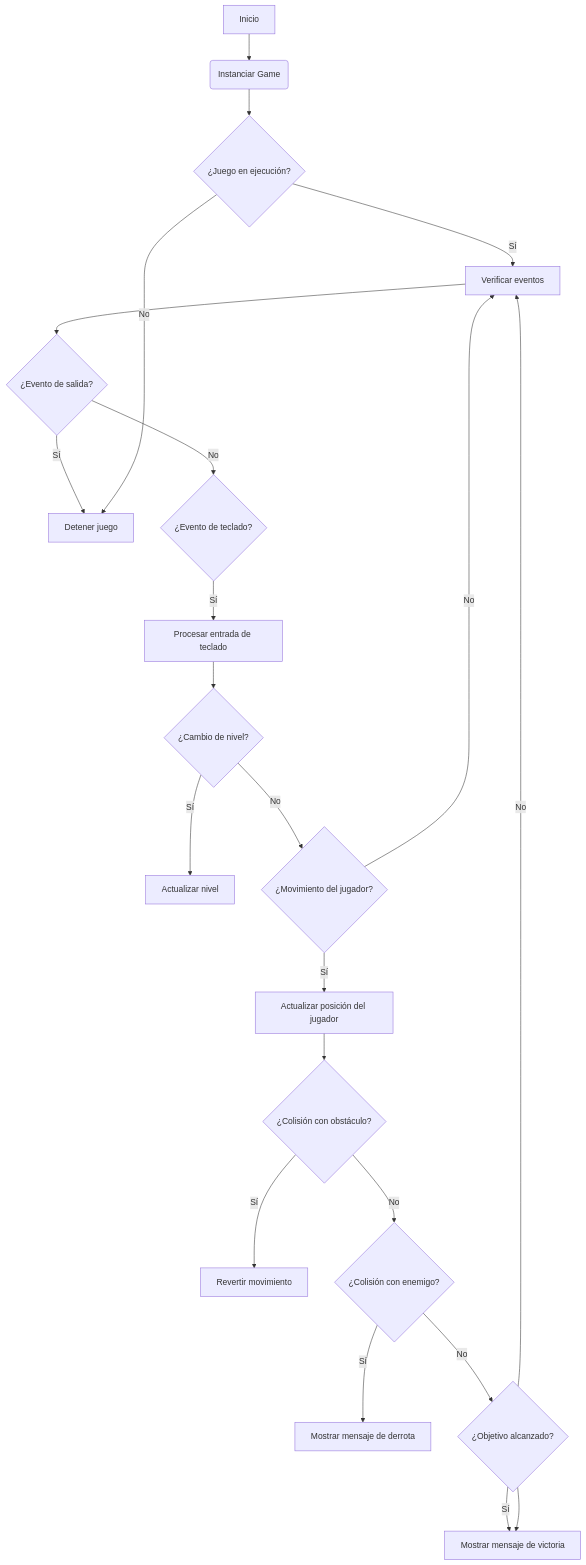
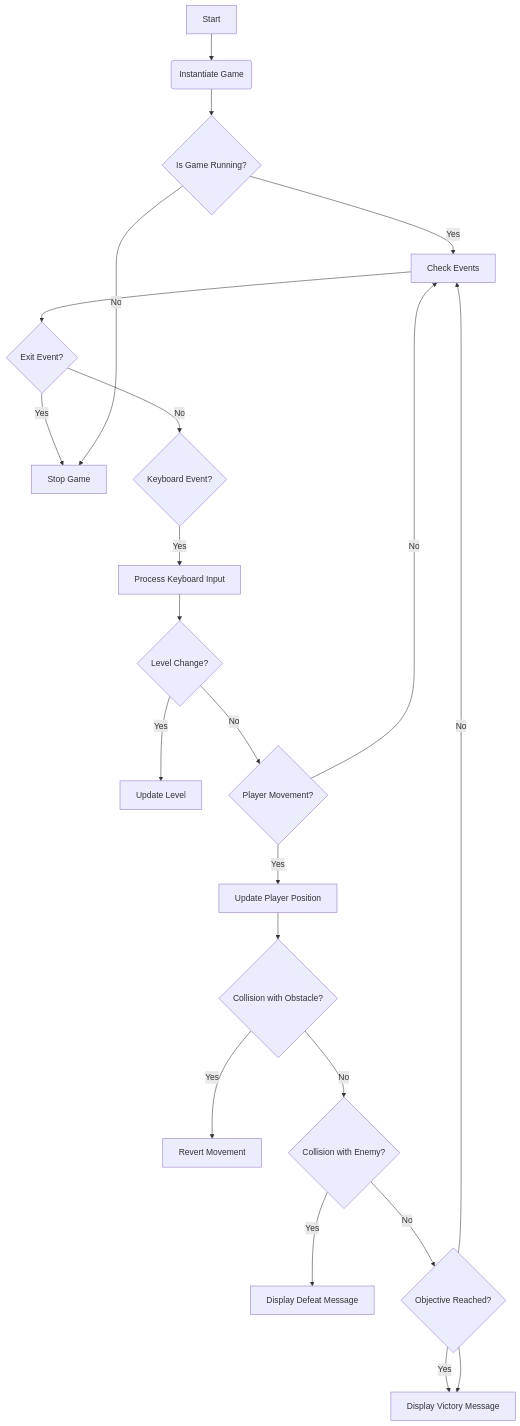
The first of 3 diagrams in README.md (noneda/try-pygame), drawn with Mermaid before and after one commit. The commit also changed other lines of this file, not shown here.

````diff
--- a/README.md
+++ b/README.md
@@ -164,24 +164,24 @@
 ```mermaid
 graph TD;
-    A[Inicio] --> B(Instanciar Game)
-    B --> C{¿Juego en ejecución?}
-    C -->|Sí| D[Verificar eventos]
-    D --> E{¿Evento de salida?}
-    E -->|Sí| F[Detener juego]
-    E -->|No| G{¿Evento de teclado?}
-    G -->|Sí| H[Procesar entrada de teclado]
-    H --> I{¿Cambio de nivel?}
-    I -->|Sí| J[Actualizar nivel]
-    I -->|No| K{¿Movimiento del jugador?}
-    K -->|Sí| L[Actualizar posición del jugador]
+    A[Start] --> B(Instantiate Game)
+    B --> C{Is Game Running?}
+    C -->|Yes| D[Check Events]
+    D --> E{Exit Event?}
+    E -->|Yes| F[Stop Game]
+    E -->|No| G{Keyboard Event?}
+    G -->|Yes| H[Process Keyboard Input]
+    H --> I{Level Change?}
+    I -->|Yes| J[Update Level]
+    I -->|No| K{Player Movement?}
+    K -->|Yes| L[Update Player Position]
     K -->|No| D
-    L --> M{¿Colisión con obstáculo?}
-    M -->|Sí| N[Revertir movimiento]
-    M -->|No| O{¿Colisión con enemigo?}
-    O -->|Sí| P[Mostrar mensaje de derrota]
-    O -->|No| Q{¿Objetivo alcanzado?}
-    Q -->|Sí| R[Mostrar mensaje de victoria]
+    L --> M{Collision with Obstacle?}
+    M -->|Yes| N[Revert Movement]
+    M -->|No| O{Collision with Enemy?}
+    O -->|Yes| P[Display Defeat Message]
+    O -->|No| Q{Objective Reached?}
+    Q -->|Yes| R[Display Victory Message]
     Q -->|No| D
     Q --> R
     C -->|No| F
 ```
````
